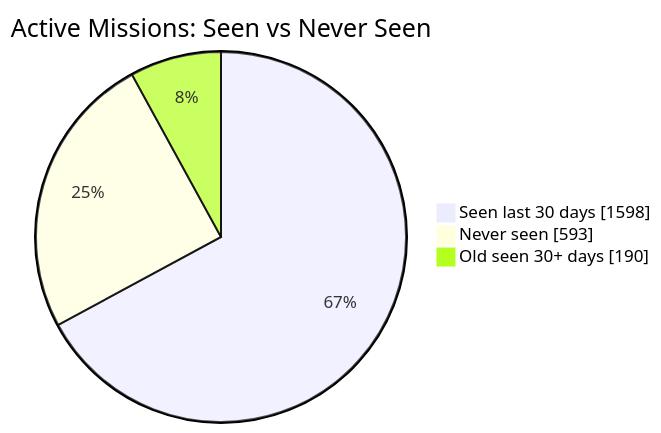
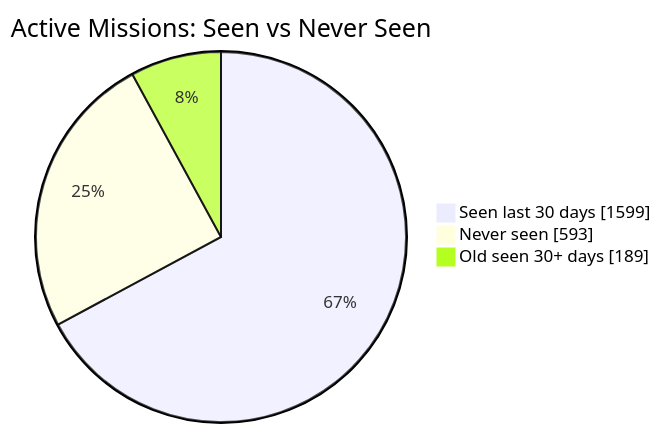
Before and after one commit to MeldkamerspelGameTeam/active-missions: the first of 2 diagrams in README.md, drawn with Mermaid. The commit also changed other lines of this file and 2 other files, not shown here.

````diff
--- a/README.md
+++ b/README.md
@@ -34,7 +34,7 @@
 ```mermaid
 pie showData
     title Active Missions: Seen vs Never Seen
-    "Seen last 30 days" : 1598
+    "Seen last 30 days" : 1599
     "Never seen" : 593
-    "Old seen 30+ days" : 190
+    "Old seen 30+ days" : 189
 ```
````
